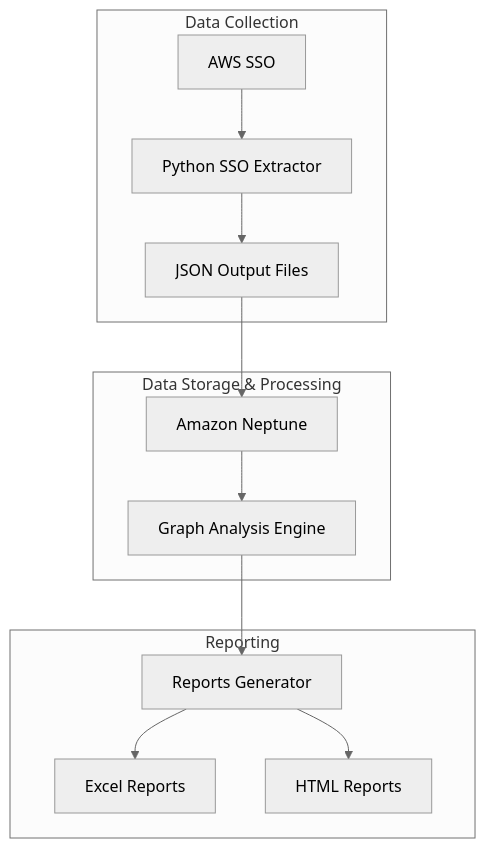
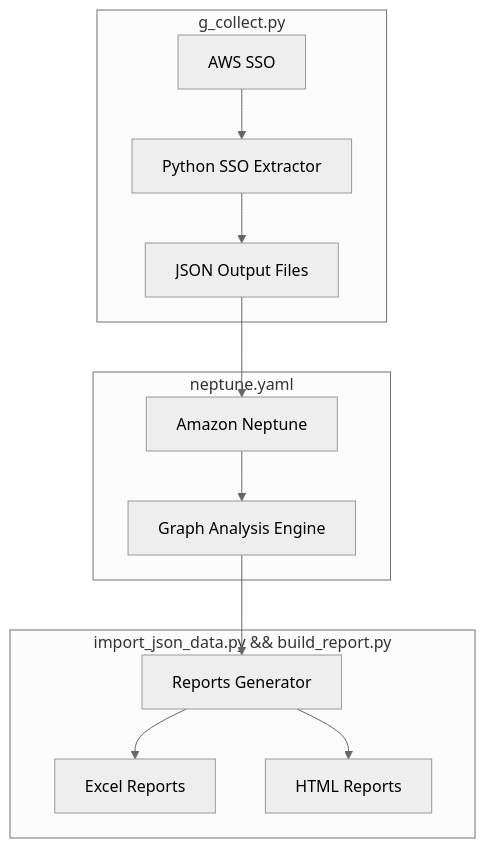
Before and after one commit to felipedbene/report.sh: the diagram in README.md, drawn with Mermaid (neutral theme). The commit also changed other lines of this file and 2 other files, not shown here.

Commit message:
improved the diagram

````diff
--- a/README.md
+++ b/README.md
@@ -7,27 +7,27 @@
 ```mermaid
 graph TD
     A[AWS SSO] --> B[Python SSO Extractor]
     B --> C[JSON Output Files]
     C --> D[Amazon Neptune]
     D --> E[Graph Analysis Engine]
     E --> F[Reports Generator]
     F --> G[Excel Reports]
     F --> H[HTML Reports]
     
-    subgraph "Data Collection"
+    subgraph "g_collect.py"
         A
         B
         C
     end
     
-    subgraph "Data Storage & Processing"
+    subgraph "neptune.yaml"
         D
         E
     end
     
-    subgraph "Reporting"
+    subgraph "import_json_data.py && build_report.py"
         F
         G
         H
     end
 ```
````
